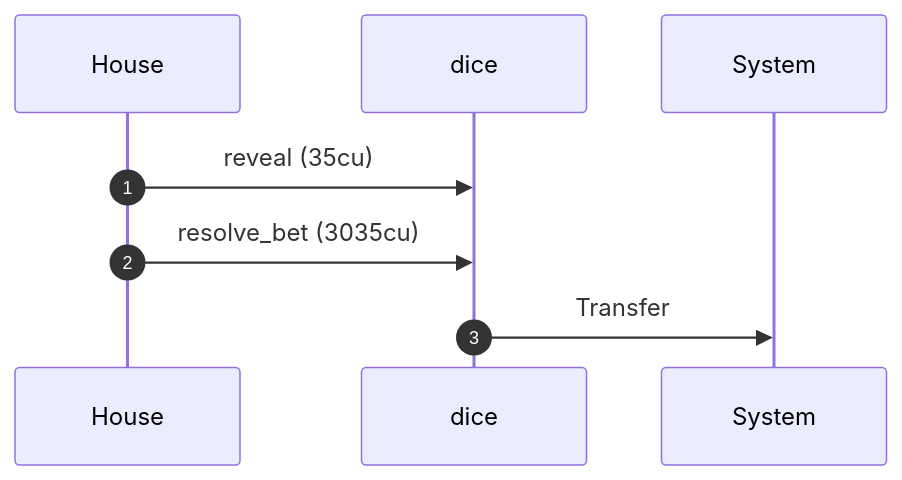
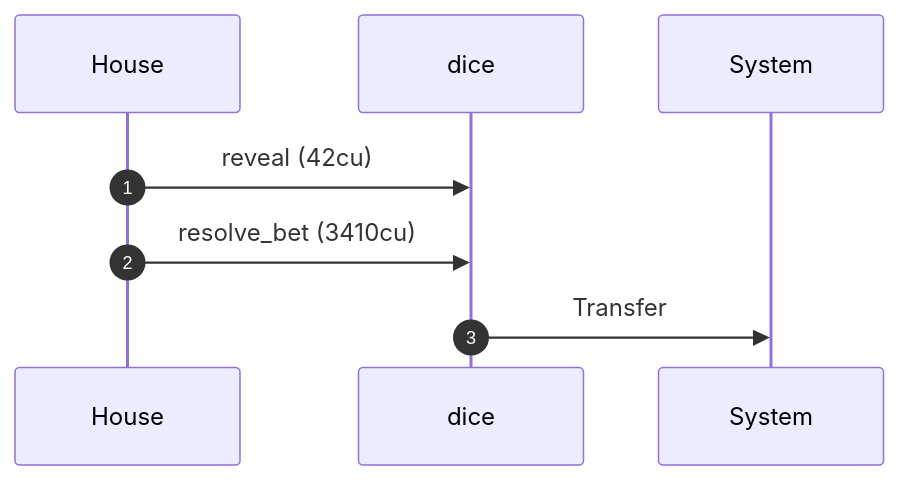
The first of 3 diagrams in README.md (cds-turbin3/builder-05-no-fair-dice), drawn with Mermaid before and after one commit. The commit also changed other lines of this file and 12 other files, not shown here.

````diff
--- a/README.md
+++ b/README.md
@@ -173,10 +179,10 @@
 ```mermaid
 sequenceDiagram
     autonumber
     participant House
     participant dice
     participant System
-    House ->> dice: reveal (35cu)
-    House ->> dice: resolve_bet (3035cu)
+    House ->> dice: reveal (42cu)
+    House ->> dice: resolve_bet (3410cu)
     dice ->> System: Transfer
 ```
````
